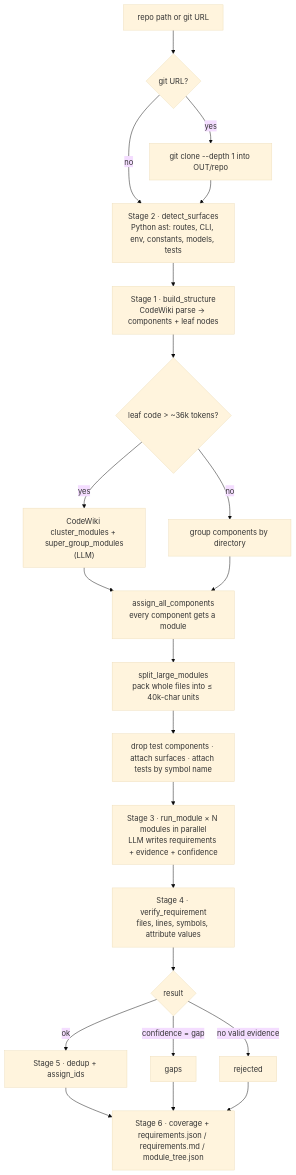
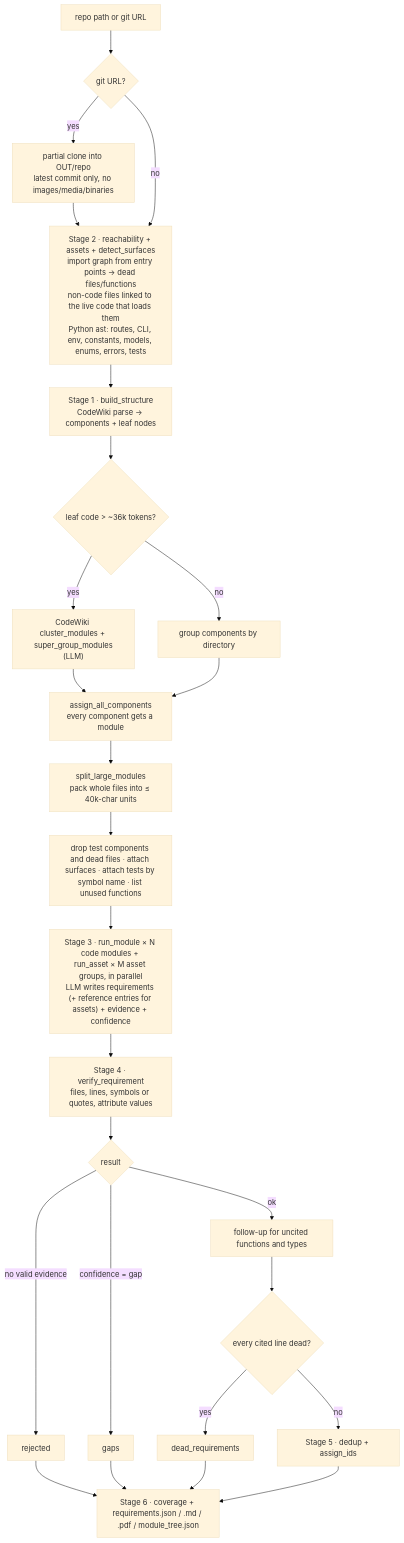
The diagram in README.md (pr0ximaCent/Code2Req-Orchestration-for-Codebase-to-Natural-Language-), drawn with Mermaid (base theme) before and after one commit. The commit also changed other lines of this file, not shown here.

Commit message:
document non-code files, dead code, answer cache and clone handling

````diff
--- a/README.md
+++ b/README.md
@@ -143,31 +147,35 @@
 ```mermaid
 flowchart TD
   IN[repo path or git URL] --> CL{git URL?}
-  CL -->|yes| GC[git clone --depth 1 into OUT/repo]
+  CL -->|yes| GC["partial clone into OUT/repo<br/>latest commit only, no images/media/binaries"]
   CL -->|no| SUR
   GC --> SUR
 
-  SUR["Stage 2 · detect_surfaces<br/>Python ast: routes, CLI, env, constants, models, tests"]
+  SUR["Stage 2 · reachability + assets + detect_surfaces<br/>import graph from entry points → dead files/functions<br/>non-code files linked to the live code that loads them<br/>Python ast: routes, CLI, env, constants, models, enums, errors, tests"]
   SUR --> ST
 
   ST["Stage 1 · build_structure<br/>CodeWiki parse → components + leaf nodes"]
   ST --> CLU{"leaf code > ~36k tokens?"}
   CLU -->|yes| LLMC["CodeWiki cluster_modules + super_group_modules<br/>(LLM)"]
   CLU -->|no| DIR[group components by directory]
   LLMC --> ASSIGN
   DIR --> ASSIGN
   ASSIGN["assign_all_components<br/>every component gets a module"] --> SPLIT
   SPLIT["split_large_modules<br/>pack whole files into ≤ 40k-char units"] --> PREP
 
-  PREP["drop test components · attach surfaces · attach tests by symbol name"] --> AG
-  AG["Stage 3 · run_module × N modules in parallel<br/>LLM writes requirements + evidence + confidence"] --> VER
-  VER["Stage 4 · verify_requirement<br/>files, lines, symbols, attribute values"] --> SORT
+  PREP["drop test components and dead files · attach surfaces · attach tests by symbol name · list unused functions"] --> AG
+  AG["Stage 3 · run_module × N code modules + run_asset × M asset groups, in parallel<br/>LLM writes requirements (+ reference entries for assets) + evidence + confidence"] --> VER
+  VER["Stage 4 · verify_requirement<br/>files, lines, symbols or quotes, attribute values"] --> SORT
   SORT{result}
   SORT -->|no valid evidence| REJ[rejected]
   SORT -->|confidence = gap| GAP[gaps]
-  SORT -->|ok| DED
+  SORT -->|ok| FU["follow-up for uncited functions and types"]
+  FU --> DEAD{"every cited line dead?"}
+  DEAD -->|yes| DR[dead_requirements]
+  DEAD -->|no| DED
   DED["Stage 5 · dedup + assign_ids"] --> OUT
   GAP --> OUT
   REJ --> OUT
-  OUT["Stage 6 · coverage + requirements.json / requirements.md / module_tree.json"]
+  DR --> OUT
+  OUT["Stage 6 · coverage + requirements.json / .md / .pdf / module_tree.json"]
 ```
````
